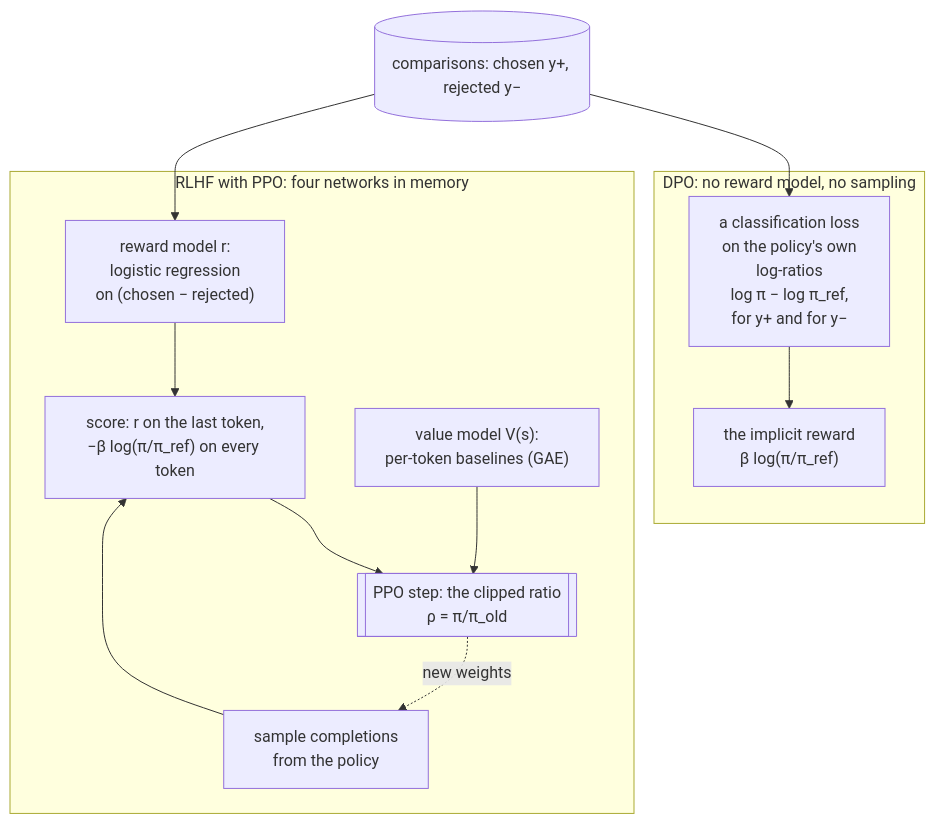
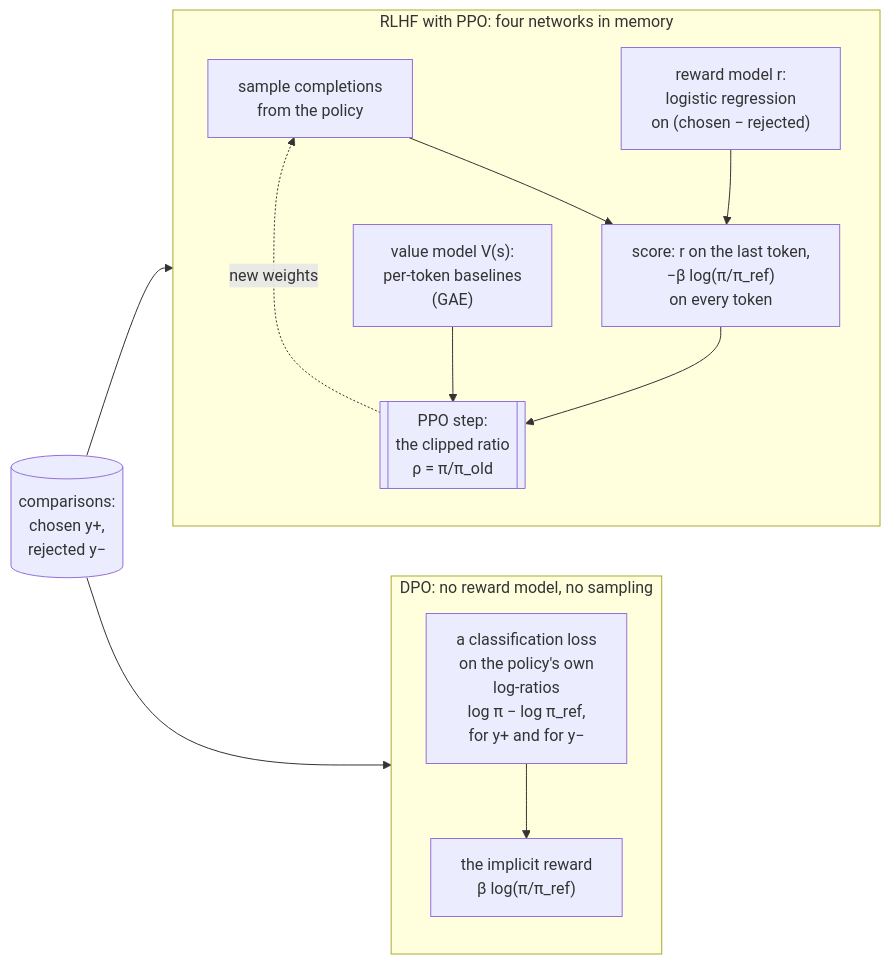
The second of 3 diagrams in 00-foundations/rl-and-thinking-models/PRIMER.md (aniryou/full-stack-agentic-engineer), drawn with Mermaid before and after one commit. The commit also changed other lines of this file and 39 other files, not shown here.

````diff
--- a/00-foundations/rl-and-thinking-models/PRIMER.md
+++ b/00-foundations/rl-and-thinking-models/PRIMER.md
@@ -285,23 +285,25 @@
 ```mermaid
-flowchart TB
-  P[("comparisons: chosen y+, rejected y−")]
+flowchart LR
+  P[("comparisons:<br/>chosen y+,<br/>rejected y−")]
   subgraph rlhf ["RLHF with PPO: four networks in memory"]
+    direction TB
+    ENG["sample completions<br/>from the policy"]
     RM["reward model r:<br/>logistic regression<br/>on (chosen − rejected)"]
-    ENG["sample completions<br/>from the policy"]
-    SC["score: r on the last token,<br/>−β log(π/π_ref) on every token"]
-    V["value model V(s):<br/>per-token baselines (GAE)"]
-    PPO[["PPO step: the clipped ratio<br/>ρ = π/π_old"]]
+    SC["score: r on the last token,<br/>−β log(π/π_ref)<br/>on every token"]
+    V["value model V(s):<br/>per-token baselines<br/>(GAE)"]
+    PPO[["PPO step:<br/>the clipped ratio<br/>ρ = π/π_old"]]
+    ENG --> SC
     RM --> SC
-    ENG --> SC
     SC --> PPO
     V --> PPO
     PPO -.->|"new weights"| ENG
   end
   subgraph dpo ["DPO: no reward model, no sampling"]
+    direction TB
     L["a classification loss<br/>on the policy's own<br/>log-ratios<br/>log π − log π_ref,<br/>for y+ and for y−"]
     IR["the implicit reward<br/>β log(π/π_ref)"]
     L --> IR
   end
-  P --> L
-  P --> RM
+  P --> rlhf
+  P --> dpo
 ```
````
